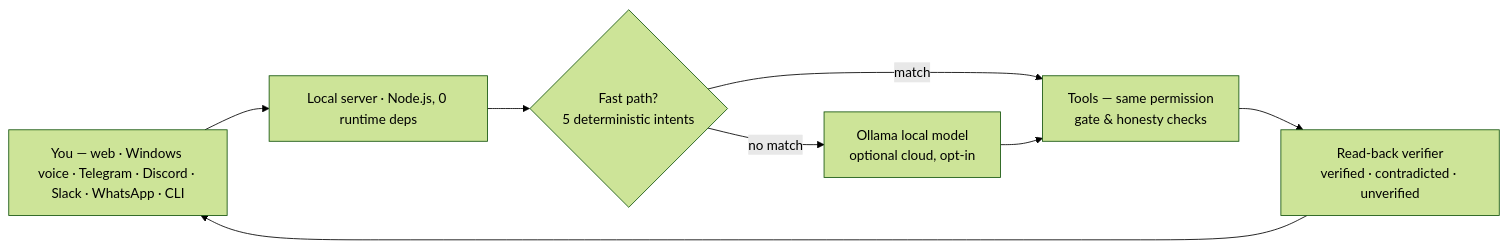
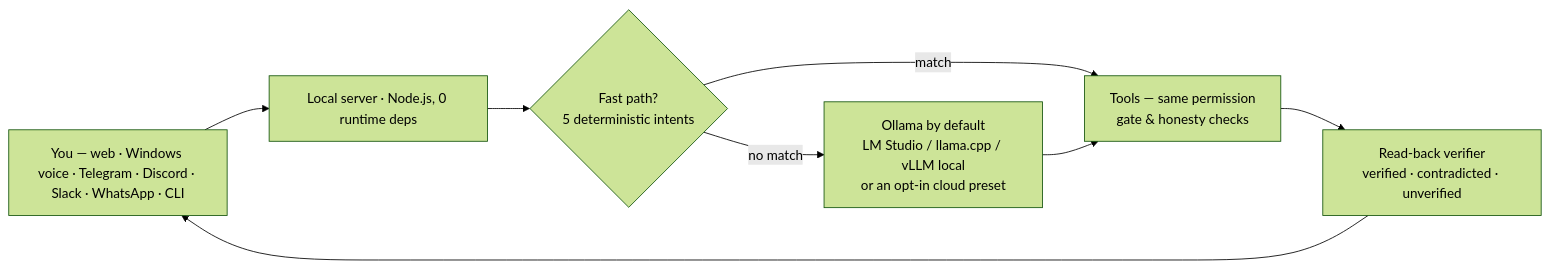
One commit to Quasynvo/Quasnooze changed the diagram in README.md. Above: the diagram before and after it, drawn with Mermaid (forest theme). The commit also changed other lines of this file and 3 other files, not shown here.

````diff
--- a/README.md
+++ b/README.md
@@ -170,10 +170,10 @@
 ```mermaid
 flowchart LR
   U[You — web · Windows voice · Telegram · Discord · Slack · WhatsApp · CLI] --> S[Local server · Node.js, 0 runtime deps]
   S --> F{Fast path?<br/>5 deterministic intents}
   F -- match --> T[Tools — same permission<br/>gate & honesty checks]
-  F -- no match --> B[Ollama local model<br/>optional cloud, opt-in]
+  F -- no match --> B[Ollama by default<br/>LM Studio / llama.cpp / vLLM local<br/>or an opt-in cloud preset]
   B --> T
   T --> V[Read-back verifier<br/>verified · contradicted · unverified]
   V --> U
 ```
````
